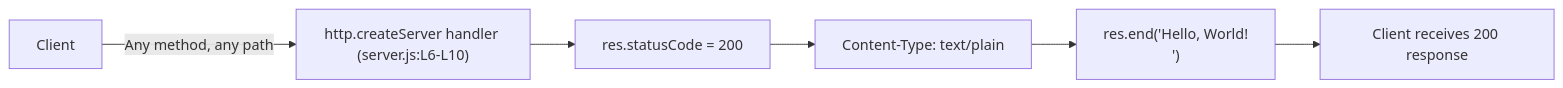
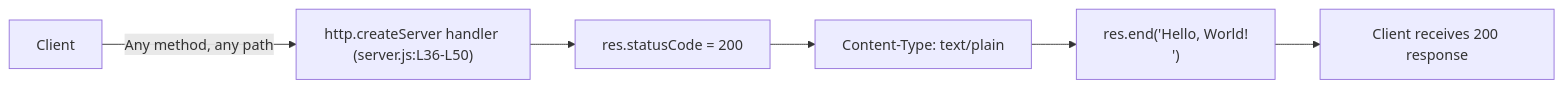
Before and after one commit to lakshya-blitzy/branch_lock_testing_ABK_4708: the first of 2 diagrams in README.md, drawn with Mermaid. The commit also changed other lines of this file, not shown here.

````diff
--- a/README.md
+++ b/README.md
@@ -145,8 +156,8 @@
 ```mermaid
 flowchart LR
-    A[Client] -->|"Any method, any path"| B["http.createServer handler (server.js:L6-L10)"]
+    A[Client] -->|"Any method, any path"| B["http.createServer handler (server.js:L36-L50)"]
     B --> C["res.statusCode = 200"]
     C --> D["Content-Type: text/plain"]
     D --> E["res.end('Hello, World!\n')"]
     E --> F[Client receives 200 response]
 ```
````
